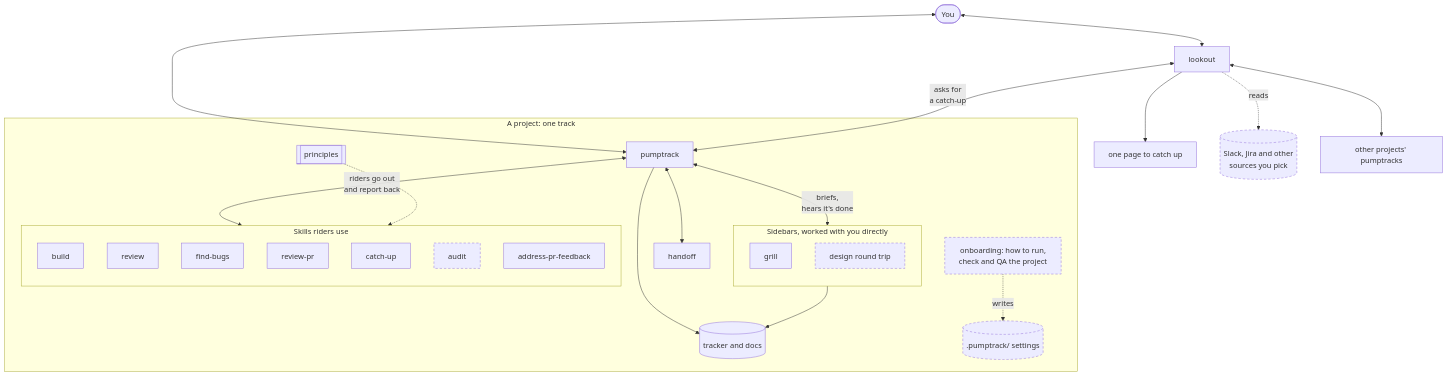
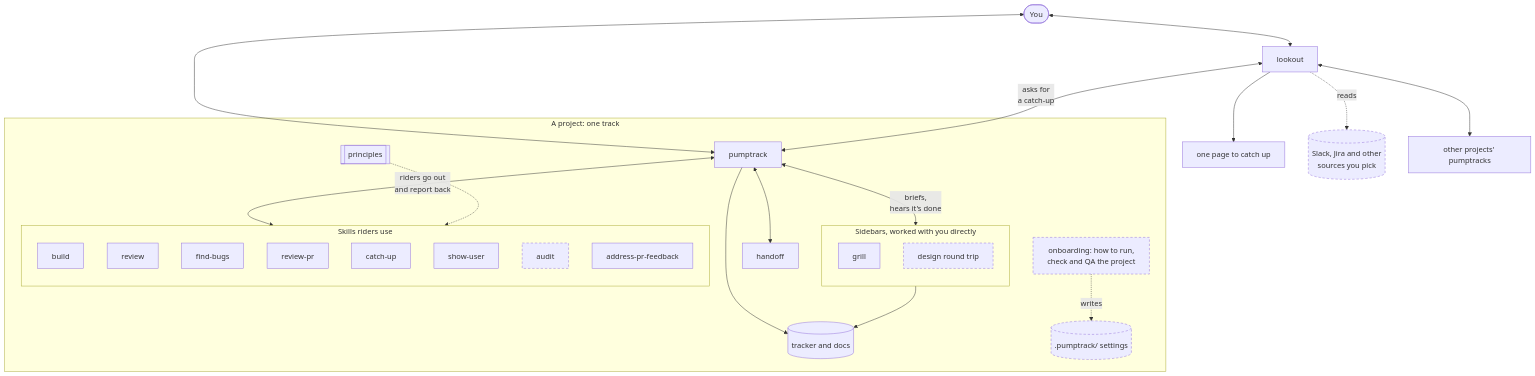
One commit to brandonbews/pumptrack changed the second of 2 diagrams in README.md. Above: the diagram before and after it, drawn with Mermaid. The commit also changed other lines of this file and 2 other files, not shown here.

First line of the commit message:
Add show-user

````diff
--- a/README.md
+++ b/README.md
@@ -56,49 +57,50 @@
 ```mermaid
 flowchart TD
   you(["You"])
   lookout["lookout"]
   page["one page to catch up"]
   sources[("Slack, Jira and other<br/>sources you pick")]
   others["other projects' pumptracks"]
 
   subgraph track["A project: one track"]
     pt["pumptrack"]
     subgraph sides["Sidebars, worked with you directly"]
       direction TB
       grill["grill"]
       design["design round trip"]
     end
     records[("tracker and docs")]
     handoff["handoff"]
     onboarding["onboarding: how to run,<br/>check and QA the project"]
     settings[(".pumptrack/ settings")]
     principles[["principles"]]
     subgraph skills["Skills riders use"]
       direction TB
       build["build"]
       review["review"]
       bugs["find-bugs"]
       prreview["review-pr"]
       catchup["catch-up"]
+      show["show-user"]
       audit["audit"]
       feedback["address-pr-feedback"]
     end
   end
 
   you <--> lookout
   you <--> pt
   lookout <-->|"asks for<br/>a catch-up"| pt
   lookout <--> others
   lookout --> page
   lookout -.->|reads| sources
   pt <-->|"riders go out<br/>and report back"| skills
   pt <-->|"briefs,<br/>hears it's done"| sides
   pt <--> handoff
   pt --> records
   sides --> records
   onboarding -.->|writes| settings
   principles -.-> skills
 
   classDef later stroke-dasharray: 5 4
   class sources,design,onboarding,settings,audit later
 ```
````
